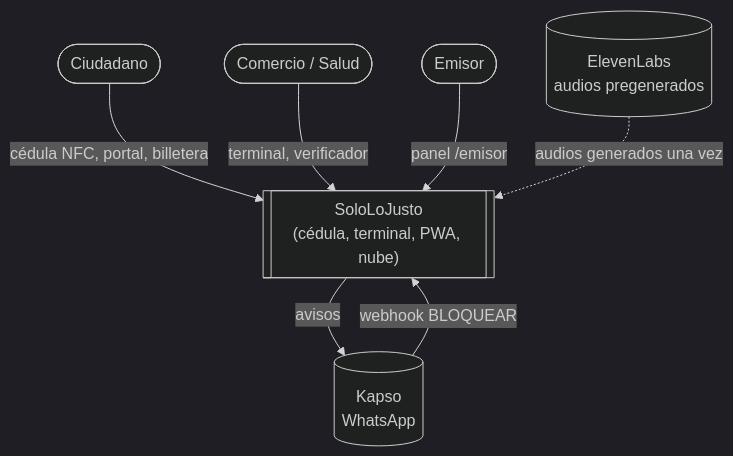
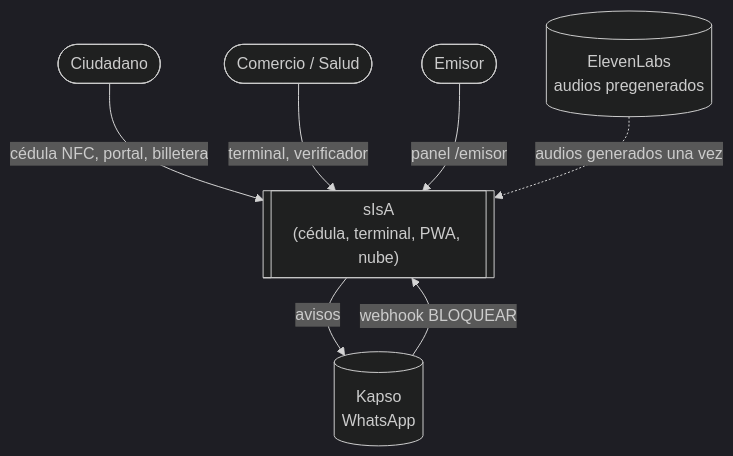
One commit to platanus-hack/platanus-hack-26-ve-team-1 changed the first of 3 diagrams in docs/05-arquitectura.md. Above: the diagram before and after it, drawn with Mermaid (dark theme). The commit also changed other lines of this file and 55 other files, not shown here.

Commit message:
Documentación en Word con diagramas renderizados, script de generación y nombre sIsA

````diff
--- a/docs/05-arquitectura.md
+++ b/docs/05-arquitectura.md
@@ -5,16 +5,16 @@
 ```mermaid
 flowchart TB
   Ciudadano([Ciudadano])
   Comercio([Comercio / Salud])
   Emisor([Emisor])
-  SLJ[["SoloLoJusto\n(cédula, terminal, PWA, nube)"]]
-  Kapso[(Kapso\nWhatsApp)]
-  ElevenLabs[(ElevenLabs\naudios pregenerados)]
+  SLJ[["sIsA<br/>(cédula, terminal, PWA, nube)"]]
+  Kapso[(Kapso<br/>WhatsApp)]
+  ElevenLabs[(ElevenLabs<br/>audios pregenerados)]
 
   Ciudadano -->|cédula NFC, portal, billetera| SLJ
   Comercio -->|terminal, verificador| SLJ
   Emisor -->|panel /emisor| SLJ
   SLJ -->|avisos| Kapso
   Kapso -->|webhook BLOQUEAR| SLJ
   ElevenLabs -. audios generados una vez .-> SLJ
 ```
````
